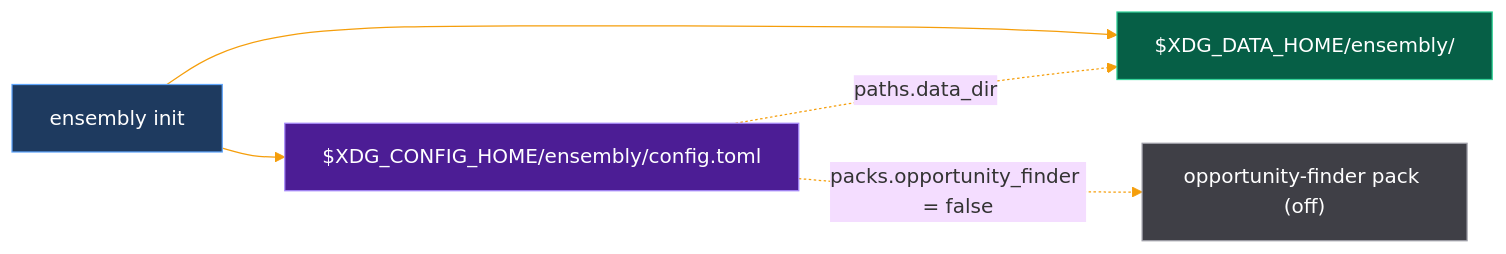
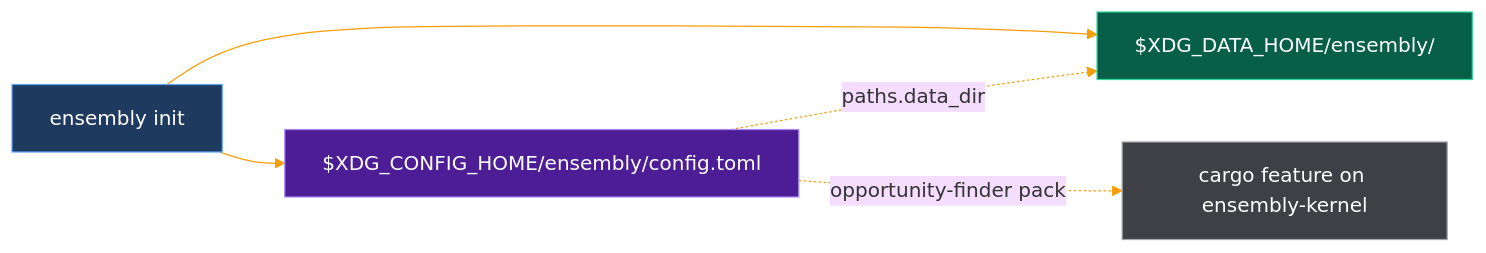
The diagram in docs/CONFIG.md (thecuriousts/ensembly), drawn with Mermaid before and after one commit. The commit also changed other lines of this file and 28 other files, not shown here.

````diff
--- a/docs/CONFIG.md
+++ b/docs/CONFIG.md
@@ -5,12 +5,12 @@
 ```mermaid
 %%{init: {"theme":"base","themeVariables":{"lineColor":"#f59e0b"}}}%%
 flowchart LR
   I["ensembly init"]:::cmd --> C["$XDG_CONFIG_HOME/ensembly/config.toml"]:::file
   I --> D["$XDG_DATA_HOME/ensembly/"]:::data
   C -. "paths.data_dir" .-> D
-  C -. "packs.opportunity_finder = false" .-> P["opportunity-finder pack (off)"]:::off
+  C -. "opportunity-finder pack" .-> P["cargo feature on ensembly-kernel"]:::off
   classDef cmd fill:#1e3a5f,stroke:#60a5fa,color:#ffffff
   classDef file fill:#4c1d95,stroke:#a78bfa,color:#ffffff
   classDef data fill:#065f46,stroke:#34d399,color:#ffffff
   classDef off fill:#3f3f46,stroke:#a1a1aa,color:#ffffff
 ```
````
